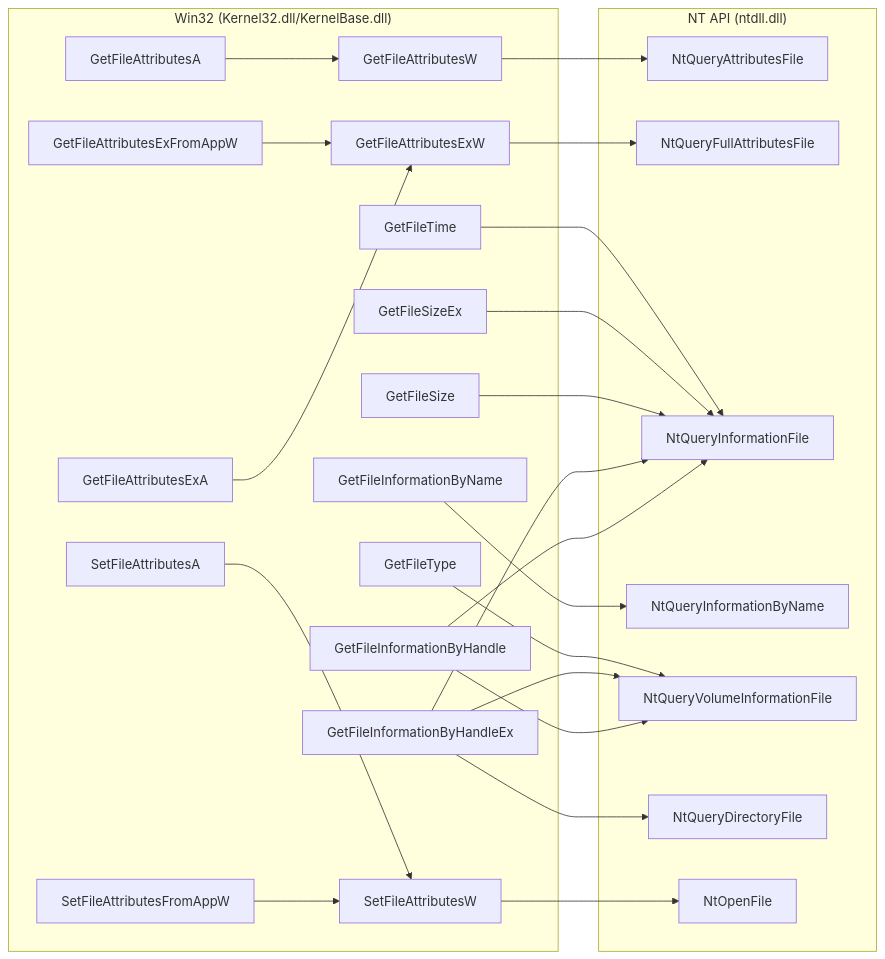
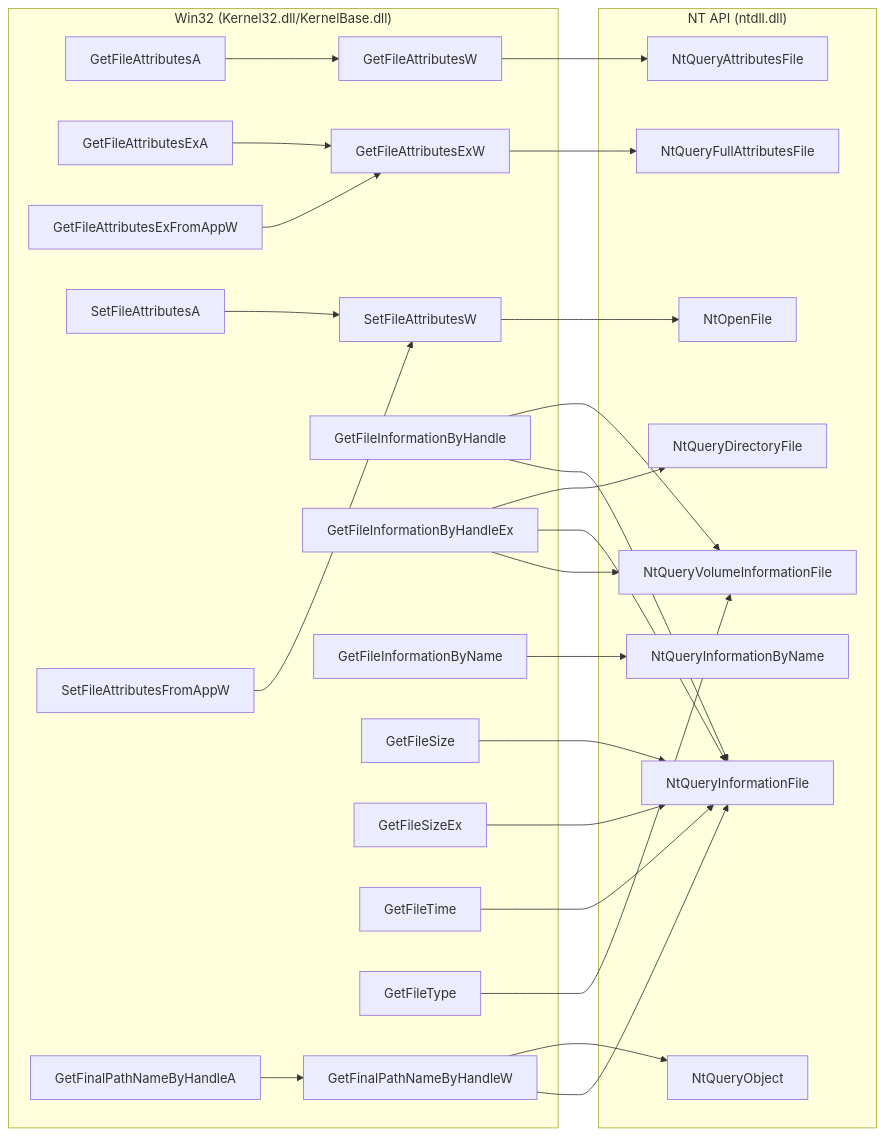
One commit to Sewer56/vfs-writeup changed the fourth of 9 diagrams in docs/index.md. Above: the diagram before and after it, drawn with Mermaid. The commit also changed other lines of this file, not shown here.

Commit message:
Added: GetFinalPathNameByHandleA && GetFinalPathNameByHandleW

````diff
--- a/docs/index.md
+++ b/docs/index.md
@@ -374,50 +374,56 @@
 ```mermaid
 flowchart LR
     subgraph Win32["Win32 (Kernel32.dll/KernelBase.dll)"]
     GetFileAttributesA
     GetFileAttributesExA
     GetFileAttributesExFromAppW
     GetFileAttributesExW
     GetFileAttributesW
     SetFileAttributesA
     SetFileAttributesFromAppW
     SetFileAttributesW
     GetFileInformationByHandle
     GetFileInformationByHandleEx
     GetFileInformationByName
     GetFileSize
     GetFileSizeEx
     GetFileTime
     GetFileType
+    GetFinalPathNameByHandleA
+    GetFinalPathNameByHandleW
 
     GetFileAttributesA --> GetFileAttributesW
     GetFileAttributesExA --> GetFileAttributesExW
     GetFileAttributesExFromAppW --> GetFileAttributesExW
     SetFileAttributesFromAppW --> SetFileAttributesW
     SetFileAttributesA --> SetFileAttributesW
+    GetFinalPathNameByHandleA --> GetFinalPathNameByHandleW
     end
 
     subgraph NT["NT API (ntdll.dll)"]
     NtQueryAttributesFile
     NtQueryFullAttributesFile
     NtQueryInformationFile
     NtQueryInformationByName
     NtQueryVolumeInformationFile
     NtQueryDirectoryFile
+    NtQueryObject
     NtOpenFile
 
     GetFileAttributesExW --> NtQueryFullAttributesFile
     GetFileAttributesW --> NtQueryAttributesFile
     SetFileAttributesW --> NtOpenFile
     GetFileInformationByHandle --> NtQueryVolumeInformationFile
     GetFileInformationByHandle --> NtQueryInformationFile
     GetFileInformationByHandleEx --> NtQueryDirectoryFile
     GetFileInformationByHandleEx --> NtQueryInformationFile
     GetFileInformationByHandleEx --> NtQueryVolumeInformationFile
     GetFileInformationByName --> NtQueryInformationByName
     GetFileSize --> NtQueryInformationFile
     GetFileSizeEx --> NtQueryInformationFile
     GetFileTime --> NtQueryInformationFile
     GetFileType --> NtQueryVolumeInformationFile
+    GetFinalPathNameByHandleW --> NtQueryObject
+    GetFinalPathNameByHandleW --> NtQueryInformationFile
     end
 ```
````
